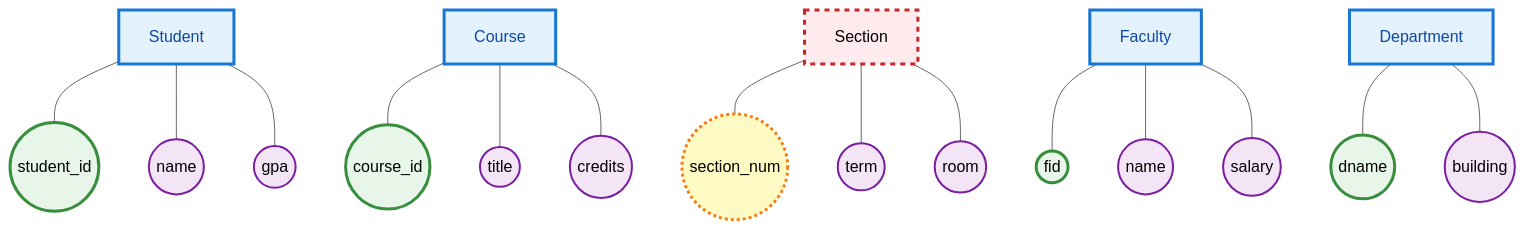
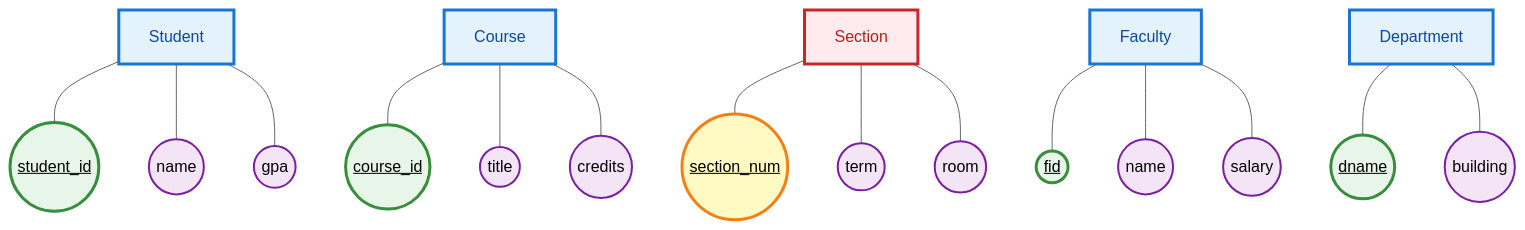
Diagram 14 of 17 in lecture-outlines/day6-er-modeling/slides.md (ufdatastudio/cop5725fa26), drawn with Mermaid (neutral theme) before and after one commit. The commit also changed other lines of this file and 11 other files, not shown here.

First line of the commit message:
docs: adopt textbook ER marks and add design-decision slides to day 6

````diff
--- a/lecture-outlines/day6-er-modeling/slides.md
+++ b/lecture-outlines/day6-er-modeling/slides.md
@@ -743,32 +776,32 @@
 ```mermaid
 graph TB
   S["Student"]
-  S --- SID(("student_id"))
+  S --- SID(("<u>student_id</u>"))
   S --- SName(("name"))
   S --- GPA(("gpa"))
   C["Course"]
-  C --- CID(("course_id"))
+  C --- CID(("<u>course_id</u>"))
   C --- Title(("title"))
   C --- Cr(("credits"))
-  Sec["Section"]
-  Sec --- SNum(("section_num"))
+  Sec["<span class='weak-inner'>Section</span>"]
+  Sec --- SNum(("<u>section_num</u>"))
   Sec --- Term(("term"))
   Sec --- Room(("room"))
   F["Faculty"]
-  F --- FID(("fid"))
+  F --- FID(("<u>fid</u>"))
   F --- FName(("name"))
   F --- Sal(("salary"))
   D["Department"]
-  D --- DN(("dname"))
+  D --- DN(("<u>dname</u>"))
   D --- Bldg(("building"))
   classDef entity fill:#e3f2fd,stroke:#1976d2,stroke-width:3px,color:#0d47a1
-  classDef weak fill:#ffebee,stroke:#c62828,stroke-width:3px,stroke-dasharray:5 5
+  classDef weak fill:#ffebee,stroke:#c62828,stroke-width:3px,color:#b71c1c
   classDef attr fill:#f3e5f5,stroke:#7b1fa2,stroke-width:2px
   classDef key fill:#e8f5e9,stroke:#388e3c,stroke-width:3px
-  classDef partkey fill:#fff9c4,stroke:#f57f17,stroke-width:3px,stroke-dasharray:3 3
+  classDef partkey fill:#fff9c4,stroke:#f57f17,stroke-width:3px
   class S,C,F,D entity
   class Sec weak
   class SName,GPA,Title,Cr,Term,Room,FName,Sal,Bldg attr
   class SID,CID,FID,DN key
   class SNum partkey
 ```
````
